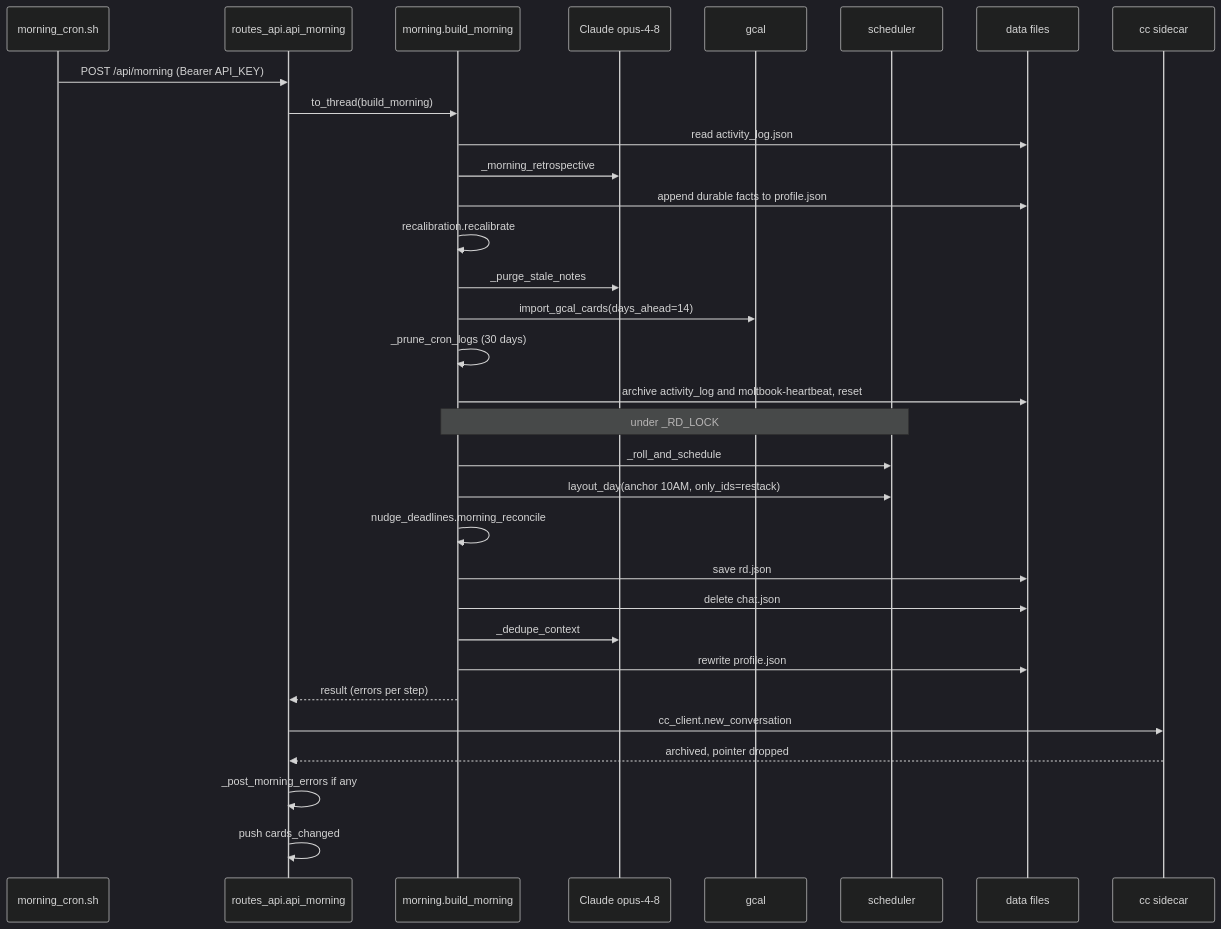
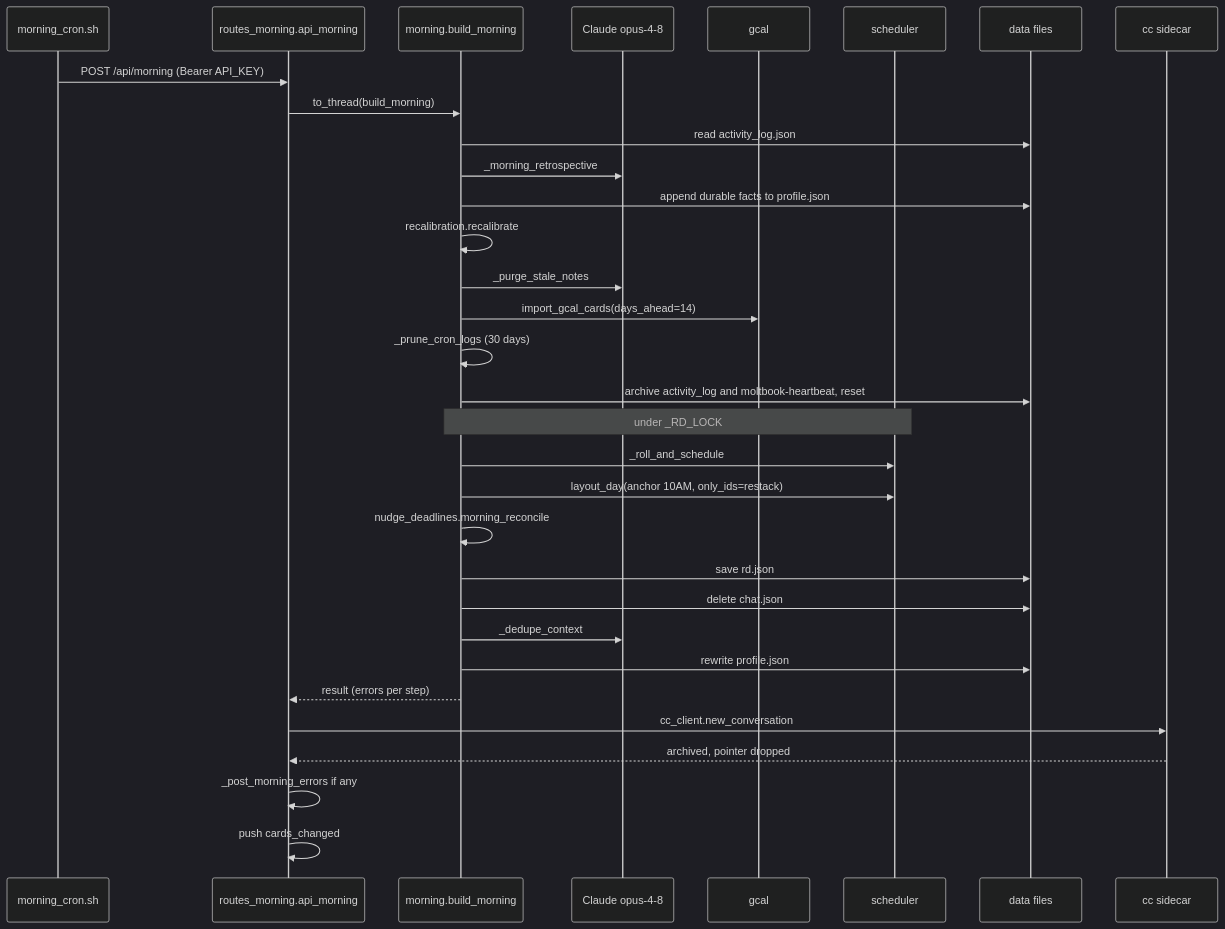
One commit to wai-lau/exec-fn changed the diagram in docs/arch/03-morning.mmd. Above: the diagram before and after it, drawn with Mermaid (dark theme). The commit also changed 42 other files, not shown here.

```diff
--- a/docs/arch/03-morning.mmd
+++ b/docs/arch/03-morning.mmd
@@ -1,33 +1,33 @@
 sequenceDiagram
   participant cron as morning_cron.sh
-  participant API as routes_api.api_morning
+  participant API as routes_morning.api_morning
   participant P as morning.build_morning
   participant LLM as Claude opus-4-8
   participant GC as gcal
   participant S as scheduler
   participant FS as data files
   participant CC as cc sidecar
 
   cron->>API: POST /api/morning (Bearer API_KEY)
   API->>P: to_thread(build_morning)
   P->>FS: read activity_log.json
   P->>LLM: _morning_retrospective
   P->>FS: append durable facts to profile.json
   P->>P: recalibration.recalibrate
   P->>LLM: _purge_stale_notes
   P->>GC: import_gcal_cards(days_ahead=14)
   P->>P: _prune_cron_logs (30 days)
   P->>FS: archive activity_log and moltbook-heartbeat, reset
   Note over P,S: under _RD_LOCK
   P->>S: _roll_and_schedule
   P->>S: layout_day(anchor 10AM, only_ids=restack)
   P->>P: nudge_deadlines.morning_reconcile
   P->>FS: save rd.json
   P->>FS: delete chat.json
   P->>LLM: _dedupe_context
   P->>FS: rewrite profile.json
   P-->>API: result (errors per step)
   API->>CC: cc_client.new_conversation
   CC-->>API: archived, pointer dropped
   API->>API: _post_morning_errors if any
   API->>API: push cards_changed
```
